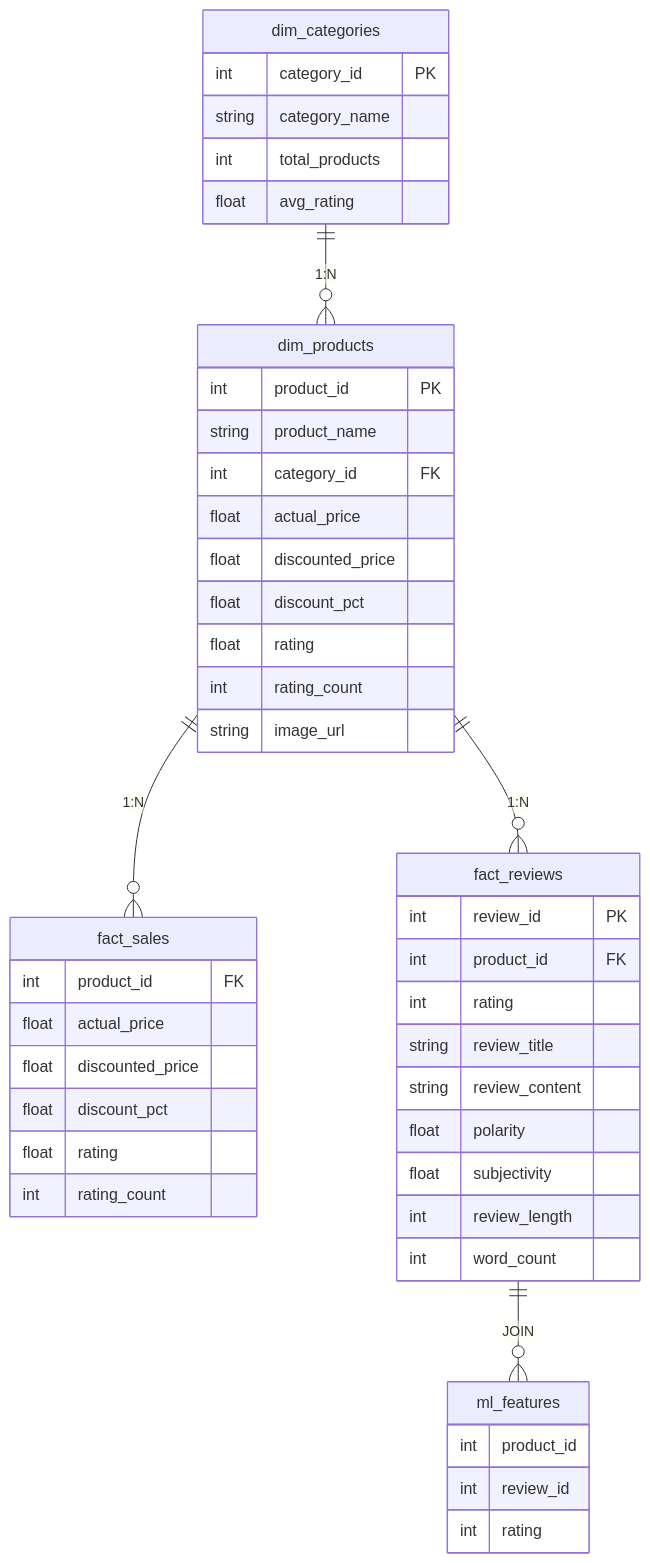
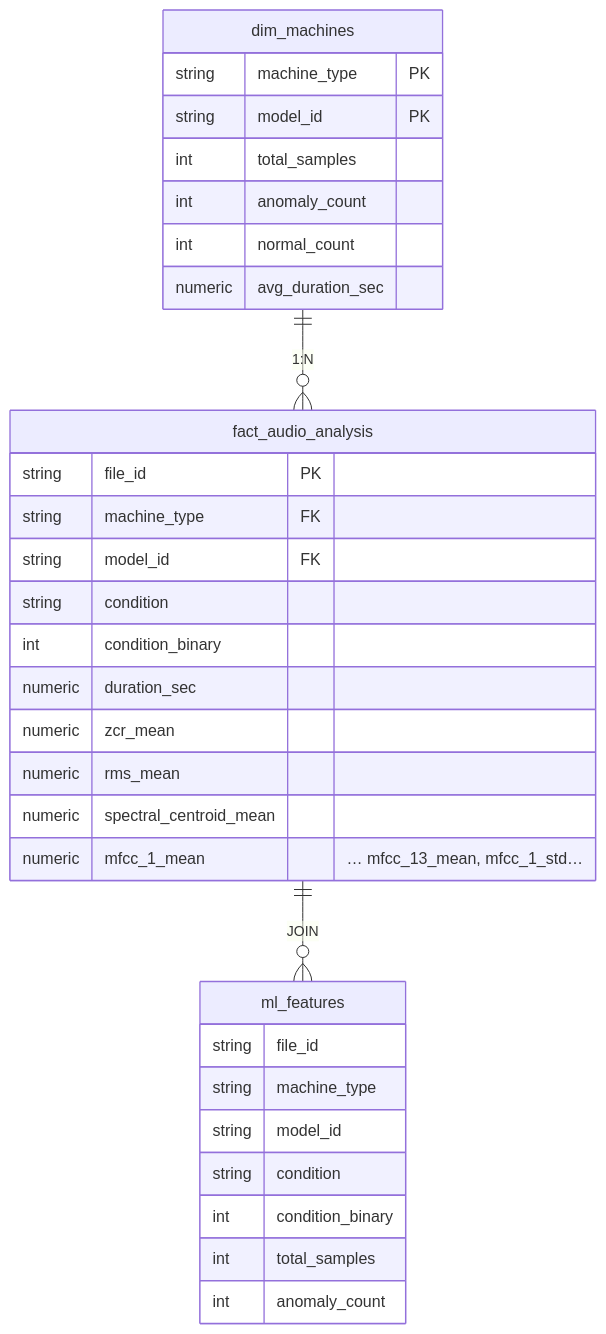
The diagram in .docs-projeto-final/05-Modelagem-dbt.md (guialvesmartins/trabalho-ifg-modulo-2), drawn with Mermaid before and after one commit. The commit also changed other lines of this file and 32 other files, not shown here.

````diff
--- a/.docs-projeto-final/05-Modelagem-dbt.md
+++ b/.docs-projeto-final/05-Modelagem-dbt.md
@@ -23,53 +23,37 @@
 ```mermaid
 erDiagram
-    dim_categories ||--o{ dim_products : "1:N"
-    dim_products ||--o{ fact_sales : "1:N"
-    dim_products ||--o{ fact_reviews : "1:N"
-    fact_reviews ||--o{ ml_features : "JOIN"
+    dim_machines ||--o{ fact_audio_analysis : "1:N"
+    fact_audio_analysis ||--o{ ml_features : "JOIN"
 
-    dim_categories {
-        int category_id PK
-        string category_name
-        int total_products
-        float avg_rating
+    dim_machines {
+        string machine_type PK
+        string model_id PK
+        int total_samples
+        int anomaly_count
+        int normal_count
+        numeric avg_duration_sec
     }
 
-    dim_products {
-        int product_id PK
-        string product_name
-        int category_id FK
-        float actual_price
-        float discounted_price
-        float discount_pct
-        float rating
-        int rating_count
-        string image_url
-    }
-
-    fact_sales {
-        int product_id FK
-        float actual_price
-        float discounted_price
-        float discount_pct
-        float rating
-        int rating_count
-    }
-
-    fact_reviews {
-        int review_id PK
-        int product_id FK
-        int rating
-        string review_title
-        string review_content
-        float polarity
-        float subjectivity
-        int review_length
-        int word_count
+    fact_audio_analysis {
+        string file_id PK
+        string machine_type FK
+        string model_id FK
+        string condition
+        int condition_binary
+        numeric duration_sec
+        numeric zcr_mean
+        numeric rms_mean
+        numeric spectral_centroid_mean
+        numeric mfcc_1_mean "… mfcc_13_mean, mfcc_1_std…"
     }
 
     ml_features {
-        int product_id
-        int review_id
-        int rating
+        string file_id
+        string machine_type
+        string model_id
+        string condition
+        int condition_binary
+        int total_samples
+        int anomaly_count
     }
 ```
````
